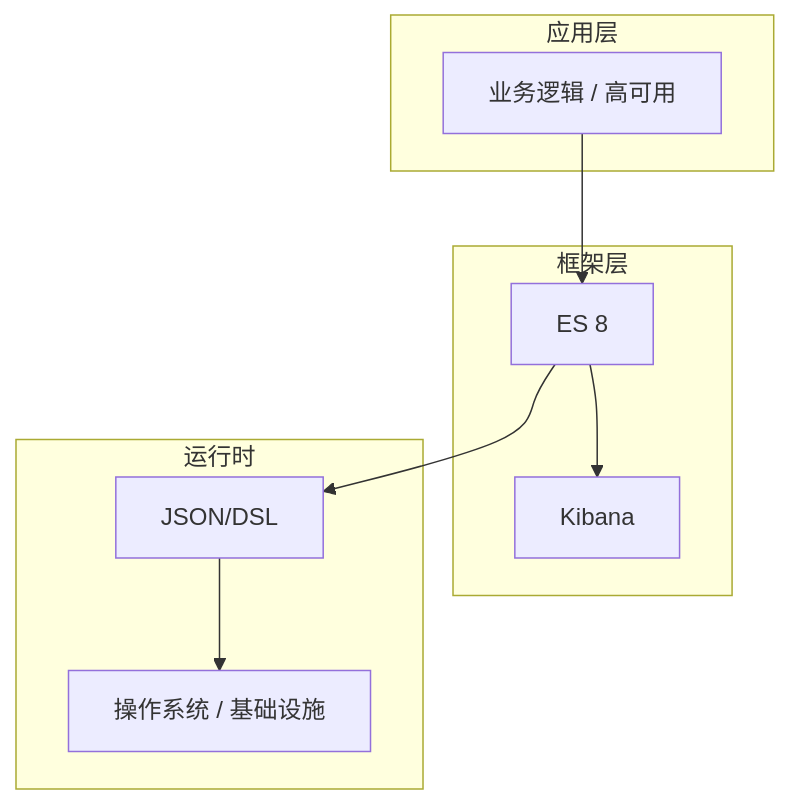
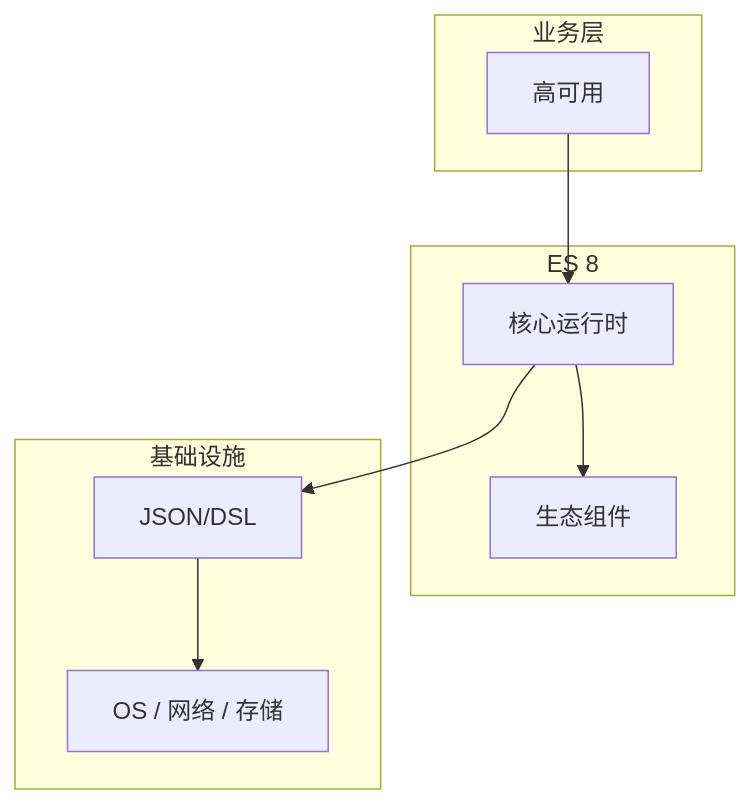
The diagram in articles/Elasticsearch/chapters/077-高可用核心概念与原理.md (yanggan2015/knowledge-json-v2), drawn with Mermaid before and after one commit. The commit also changed other lines of this file and 10127 other files, not shown here.

````diff
--- a/articles/Elasticsearch/chapters/077-高可用核心概念与原理.md
+++ b/articles/Elasticsearch/chapters/077-高可用核心概念与原理.md
@@ -45,18 +34,18 @@
 ```mermaid
 graph TB
-    subgraph 应用层
-        A[业务逻辑 / 高可用]
+    subgraph 业务层
+        A[高可用]
     end
-    subgraph 框架层
-        B[ES 8]
-        C[Kibana]
+    subgraph ES 8
+        B[核心运行时]
+        C[生态组件]
     end
-    subgraph 运行时
+    subgraph 基础设施
         D[JSON/DSL]
-        E[操作系统 / 基础设施]
+        E[OS / 网络 / 存储]
     end
     A --> B
     B --> C
     B --> D
     D --> E
 ```
````
